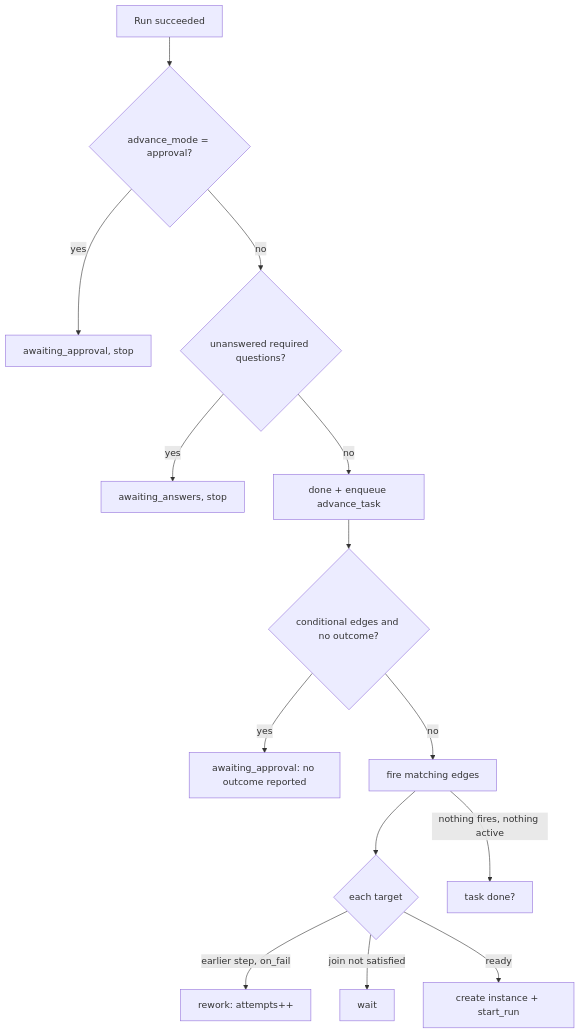
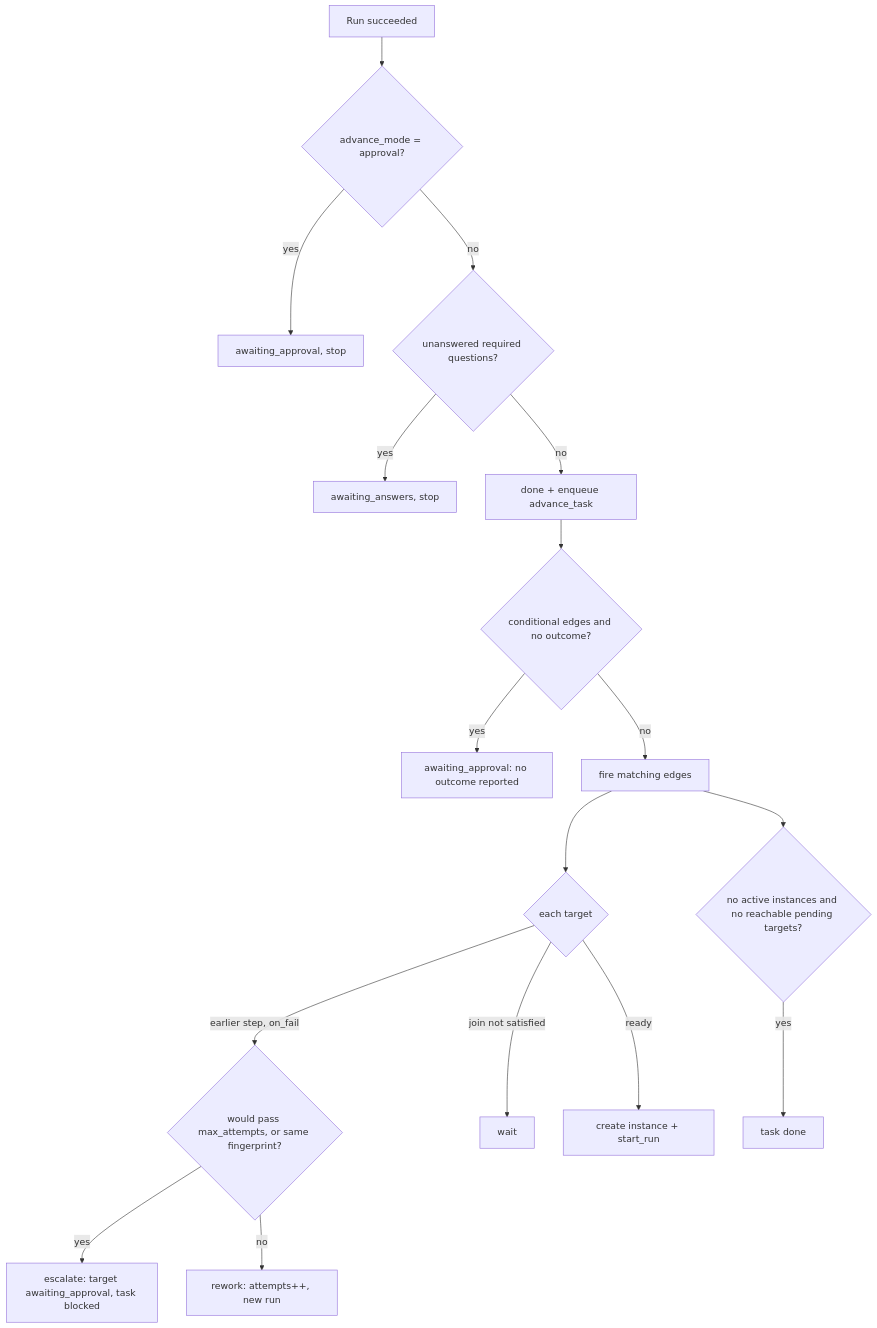
The diagram in docs/FlowBoard/Execution/Advancement Rules.md (ClearCloudSoftware/flowboard), drawn with Mermaid before and after one commit. The commit also changed other lines of this file and 30 other files, not shown here.

````diff
--- a/docs/FlowBoard/Execution/Advancement Rules.md
+++ b/docs/FlowBoard/Execution/Advancement Rules.md
@@ -38,16 +38,19 @@
 ```mermaid
 flowchart TD
   S[Run succeeded] --> A{advance_mode = approval?}
   A -->|yes| AA[awaiting_approval, stop]
   A -->|no| Q{unanswered required questions?}
   Q -->|yes| AQ[awaiting_answers, stop]
   Q -->|no| D[done + enqueue advance_task]
   D --> O{conditional edges and no outcome?}
   O -->|yes| NO[awaiting_approval: no outcome reported]
   O -->|no| F[fire matching edges]
   F --> T{each target}
-  T -->|earlier step, on_fail| RW[rework: attempts++]
+  T -->|earlier step, on_fail| CAP{would pass max_attempts, or same fingerprint?}
+  CAP -->|yes| ESC[escalate: target awaiting_approval, task blocked]
+  CAP -->|no| RW[rework: attempts++, new run]
   T -->|join not satisfied| W[wait]
   T -->|ready| ST[create instance + start_run]
-  F -->|nothing fires, nothing active| DONE[task done?]
+  F --> TC{no active instances and no reachable pending targets?}
+  TC -->|yes| DONE[task done]
 ```
````
